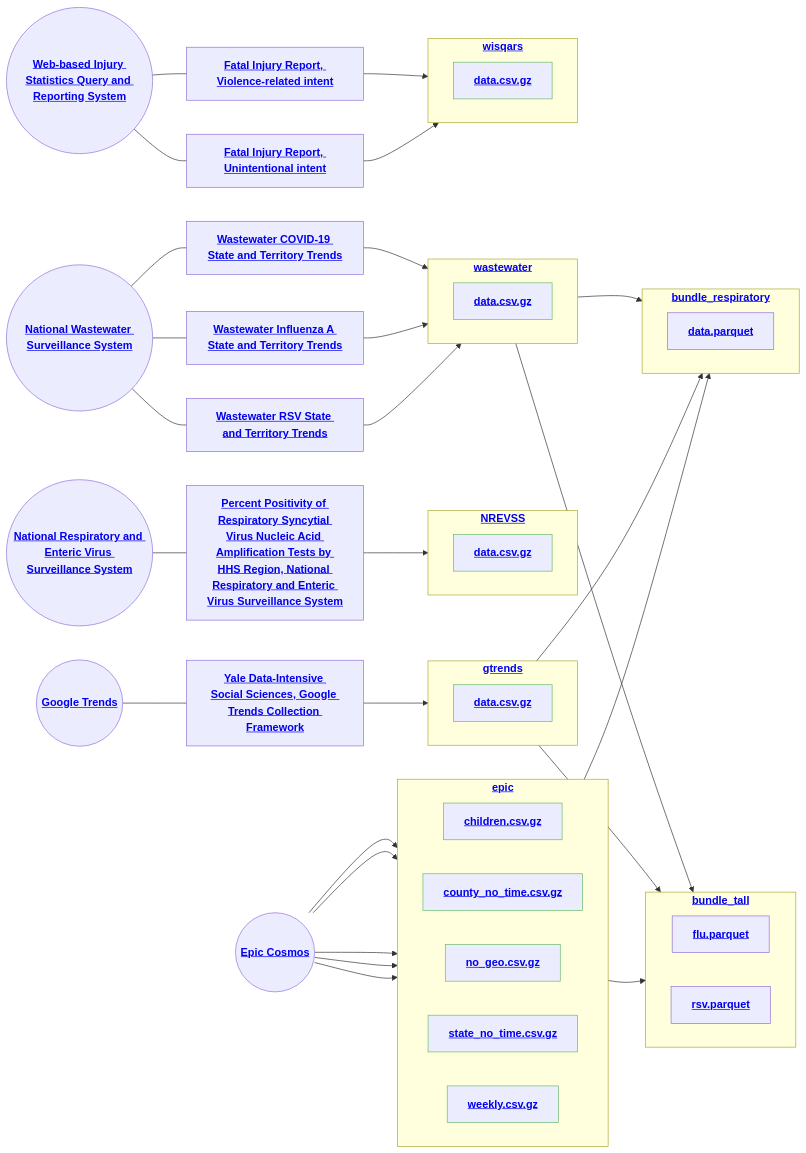
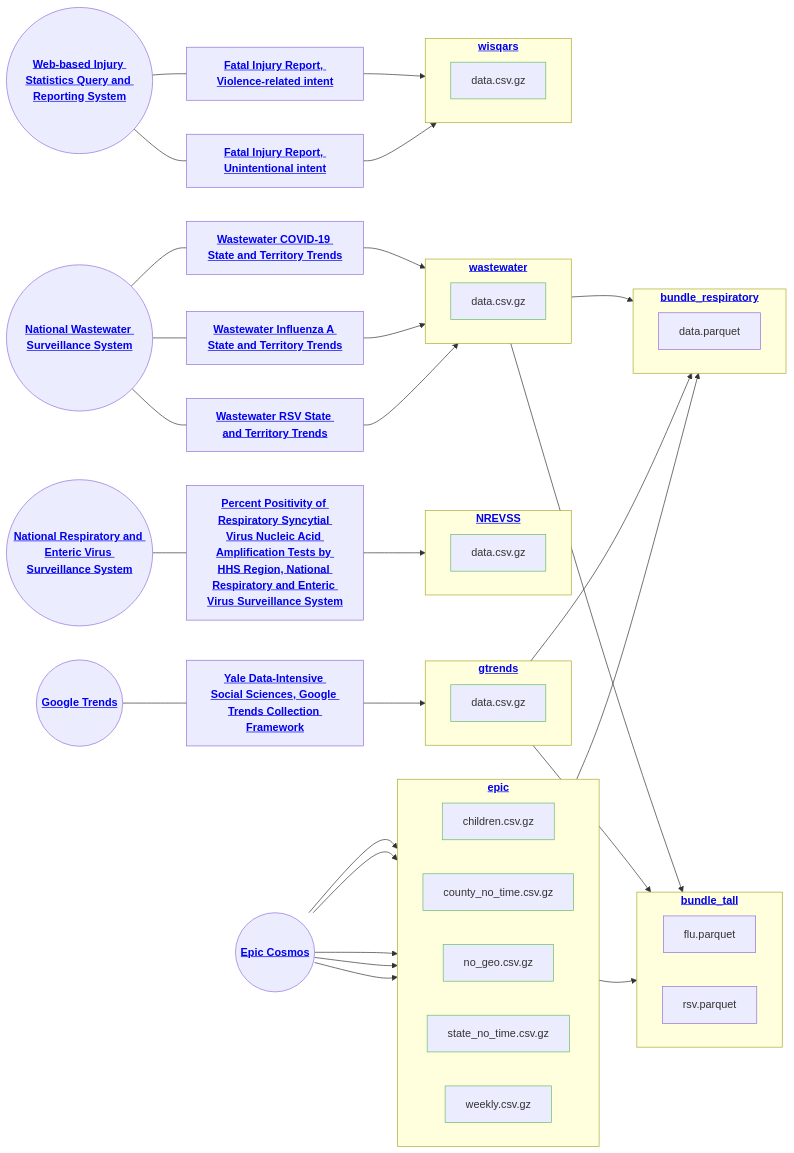
The diagram in status.md (DISSC-yale/pophive_demo), drawn with Mermaid before and after one commit. The commit also changed 9 other files, not shown here.

````diff
--- a/status.md
+++ b/status.md
@@ -1,69 +1,69 @@
 ```mermaid
 flowchart LR
     classDef pass stroke:#66bb6a
     classDef warn stroke:#ffa726
     classDef fail stroke:#f44336
     s0(("<strong><a href="https://cosmos.epic.com" target="_blank" rel="noreferrer">Epic Cosmos</a></strong>"))
     s1(("<strong><a href="https://trends.google.com" target="_blank" rel="noreferrer">Google Trends</a></strong>"))
     s3(("<strong><a href="https://www.cdc.gov/nrevss" target="_blank" rel="noreferrer">National Respiratory and Enteric Virus Surveillance System</a></strong>"))
     s5(("<strong><a href="https://www.cdc.gov/nwss" target="_blank" rel="noreferrer">National Wastewater Surveillance System</a></strong>"))
     s9(("<strong><a href="https://wisqars.cdc.gov/" target="_blank" rel="noreferrer">Web-based Injury Statistics Query and Reporting System</a></strong>"))
     subgraph epic["`<strong><a href="https://github.com/dissc-yale/pophive_demo/tree/main/data/epic" target="_blank" rel="noreferrer">epic</a></strong>`"]
         direction LR
-        n1["`<strong><a href="https://github.com/dissc-yale/pophive_demo/blob/main/data/epic/standard/children.csv.gz" target="_blank" rel="noreferrer">children.csv.gz</a></strong>`"]:::pass
-        n2["`<strong><a href="https://github.com/dissc-yale/pophive_demo/blob/main/data/epic/standard/county_no_time.csv.gz" target="_blank" rel="noreferrer">county_no_time.csv.gz</a></strong>`"]:::pass
-        n3["`<strong><a href="https://github.com/dissc-yale/pophive_demo/blob/main/data/epic/standard/no_geo.csv.gz" target="_blank" rel="noreferrer">no_geo.csv.gz</a></strong>`"]:::pass
-        n4["`<strong><a href="https://github.com/dissc-yale/pophive_demo/blob/main/data/epic/standard/state_no_time.csv.gz" target="_blank" rel="noreferrer">state_no_time.csv.gz</a></strong>`"]:::pass
-        n5["`<strong><a href="https://github.com/dissc-yale/pophive_demo/blob/main/data/epic/standard/weekly.csv.gz" target="_blank" rel="noreferrer">weekly.csv.gz</a></strong>`"]:::pass
+        n1["`children.csv.gz`"]:::pass
+        n2["`county_no_time.csv.gz`"]:::pass
+        n3["`no_geo.csv.gz`"]:::pass
+        n4["`state_no_time.csv.gz`"]:::pass
+        n5["`weekly.csv.gz`"]:::pass
     end
     subgraph gtrends["`<strong><a href="https://github.com/dissc-yale/pophive_demo/tree/main/data/gtrends" target="_blank" rel="noreferrer">gtrends</a></strong>`"]
         direction LR
-        n6["`<strong><a href="https://github.com/dissc-yale/pophive_demo/blob/main/data/gtrends/standard/data.csv.gz" target="_blank" rel="noreferrer">data.csv.gz</a></strong>`"]:::pass
+        n6["`data.csv.gz`"]:::pass
     end
     subgraph NREVSS["`<strong><a href="https://github.com/dissc-yale/pophive_demo/tree/main/data/NREVSS" target="_blank" rel="noreferrer">NREVSS</a></strong>`"]
         direction LR
-        n7["`<strong><a href="https://github.com/dissc-yale/pophive_demo/blob/main/data/NREVSS/standard/data.csv.gz" target="_blank" rel="noreferrer">data.csv.gz</a></strong>`"]:::pass
+        n7["`data.csv.gz`"]:::pass
     end
     subgraph wastewater["`<strong><a href="https://github.com/dissc-yale/pophive_demo/tree/main/data/wastewater" target="_blank" rel="noreferrer">wastewater</a></strong>`"]
         direction LR
-        n8["`<strong><a href="https://github.com/dissc-yale/pophive_demo/blob/main/data/wastewater/standard/data.csv.gz" target="_blank" rel="noreferrer">data.csv.gz</a></strong>`"]:::pass
+        n8["`data.csv.gz`"]:::pass
     end
     subgraph wisqars["`<strong><a href="https://github.com/dissc-yale/pophive_demo/tree/main/data/wisqars" target="_blank" rel="noreferrer">wisqars</a></strong>`"]
         direction LR
-        n9["`<strong><a href="https://github.com/dissc-yale/pophive_demo/blob/main/data/wisqars/standard/data.csv.gz" target="_blank" rel="noreferrer">data.csv.gz</a></strong>`"]:::pass
+        n9["`data.csv.gz`"]:::pass
     end
     subgraph bundle_respiratory["`<strong><a href="https://github.com/dissc-yale/pophive_demo/tree/main/data/bundle_respiratory" target="_blank" rel="noreferrer">bundle_respiratory</a></strong>`"]
         direction LR
-        n10["`<strong><a href="https://github.com/dissc-yale/pophive_demo/blob/main/data/bundle_respiratory/dist/data.parquet" target="_blank" rel="noreferrer">data.parquet</a></strong>`"]
+        n10["`data.parquet`"]
     end
     subgraph bundle_tall["`<strong><a href="https://github.com/dissc-yale/pophive_demo/tree/main/data/bundle_tall" target="_blank" rel="noreferrer">bundle_tall</a></strong>`"]
         direction LR
-        n11["`<strong><a href="https://github.com/dissc-yale/pophive_demo/blob/main/data/bundle_tall/dist/flu.parquet" target="_blank" rel="noreferrer">flu.parquet</a></strong>`"]
-        n12["`<strong><a href="https://github.com/dissc-yale/pophive_demo/blob/main/data/bundle_tall/dist/rsv.parquet" target="_blank" rel="noreferrer">rsv.parquet</a></strong>`"]
+        n11["`flu.parquet`"]
+        n12["`rsv.parquet`"]
     end
     s0 --> n1
     s0 --> n2
     s0 --> n3
     s0 --> n4
     s0 --> n5
     s1---s2["<strong><a href="https://github.com/DISSC-yale/gtrends_collection" target="_blank" rel="noreferrer">Yale Data-Intensive Social Sciences, Google Trends Collection Framework</a></strong>"]
     s2 --> n6
     s3---s4["<strong><a href="https://data.cdc.gov/resource/3cxc-4k8q" target="_blank" rel="noreferrer">Percent Positivity of Respiratory Syncytial Virus Nucleic Acid Amplification Tests by HHS Region, National Respiratory and Enteric Virus Surveillance System</a></strong>"]
     s4 --> n7
     s5---s6["<strong><a href="https://www.cdc.gov/nwss/rv/COVID19-statetrend.html" target="_blank" rel="noreferrer">Wastewater COVID-19 State and Territory Trends</a></strong>"]
     s6 --> n8
     s5---s7["<strong><a href="https://www.cdc.gov/nwss/rv/InfluenzaA-statetrend.html" target="_blank" rel="noreferrer">Wastewater Influenza A State and Territory Trends</a></strong>"]
     s7 --> n8
     s5---s8["<strong><a href="https://www.cdc.gov/nwss/rv/RSV-statetrend.html" target="_blank" rel="noreferrer">Wastewater RSV State and Territory Trends</a></strong>"]
     s8 --> n8
     s9---s10["<strong><a href="https://wisqars.cdc.gov/reports/?o=MORT&i=8&m=20810&s=0&r=0&ry=2&y1=2018&y2=2023&a=ALL&g1=0&g2=199&a1=0&a2=199&r1=MECH&r2=AGEGP&r3=STATE&r4=YEAR&r5=NONE&r6=NONE&g=00&e=0&yp=65&me=0&t=0" target="_blank" rel="noreferrer">Fatal Injury Report, Violence-related intent</a></strong>"]
     s10 --> n9
     s9---s11["<strong><a href="https://wisqars.cdc.gov/reports/?o=MORT&i=1&m=20810&s=0&r=0&ry=2&y1=2018&y2=2023&a=ALL&g1=0&g2=199&a1=0&a2=199&r1=MECH&r2=AGEGP&r3=STATE&r4=YEAR&r5=NONE&r6=NONE&g=00&e=0&yp=65&me=0&t=0" target="_blank" rel="noreferrer">Fatal Injury Report, Unintentional intent</a></strong>"]
     s11 --> n9
     n5 --> bundle_respiratory
     n6 --> bundle_respiratory
     n8 --> bundle_respiratory
     n5 --> bundle_tall
     n6 --> bundle_tall
     n8 --> bundle_tall
 ```
````
